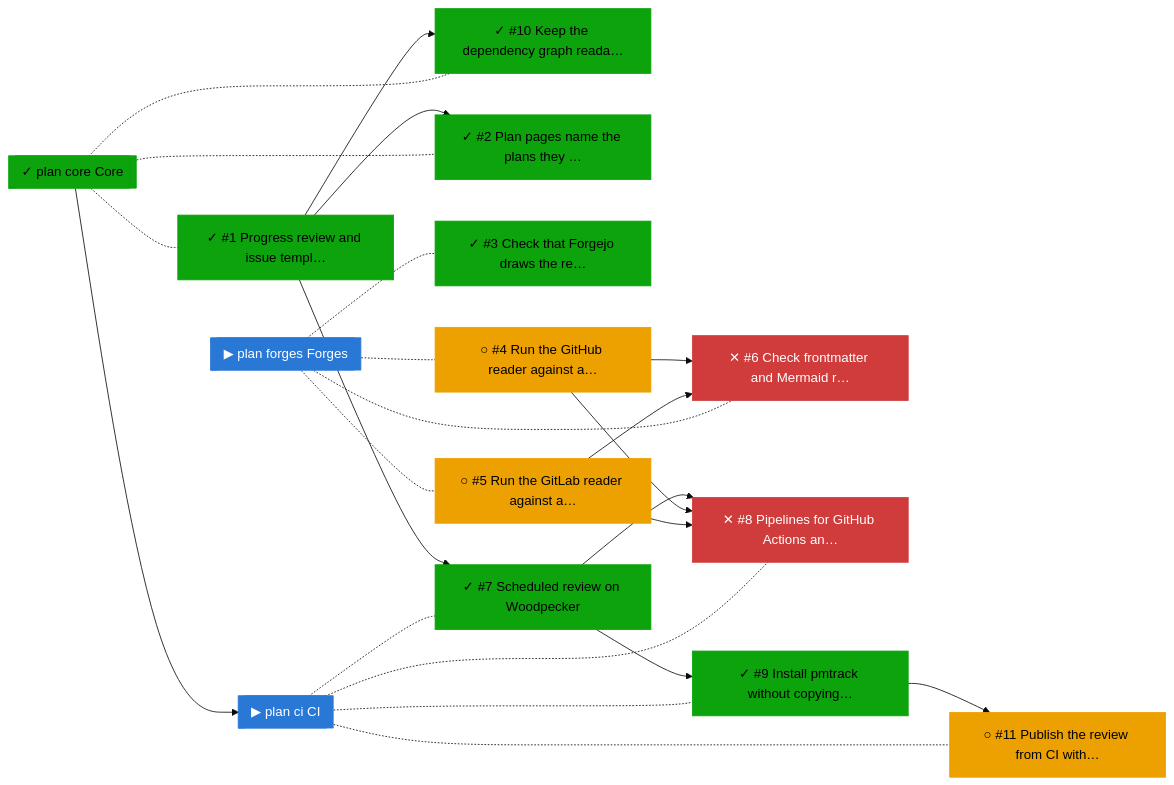
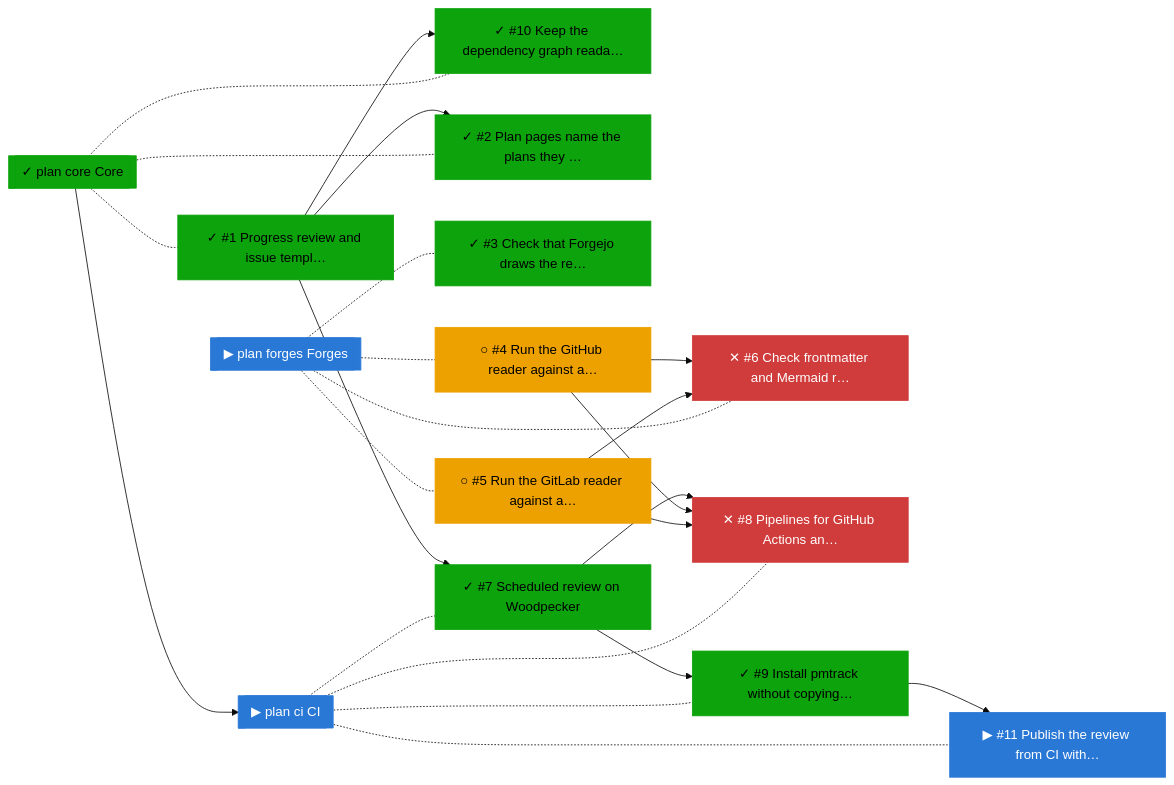
Before and after one commit to bvraghav/pmtrack: the fourth of 4 diagrams in README.md, drawn with Mermaid (base theme). The commit also changed other lines of this file and 4 other files, not shown here.

````diff
--- a/README.md
+++ b/README.md
@@ -79,45 +79,45 @@
 ```mermaid
 flowchart LR
   n0["✓ #1 Progress review and issue templ…"]:::done
   n1["✓ #10 Keep the dependency graph reada…"]:::done
-  n2["○ #11 Publish the review from CI with…"]:::ready
+  n2["▶ #11 Publish the review from CI with…"]:::active
   n3["✓ #2 Plan pages name the plans they …"]:::done
   n4["✓ #3 Check that Forgejo draws the re…"]:::done
   n5["○ #4 Run the GitHub reader against a…"]:::ready
   n6["○ #5 Run the GitLab reader against a…"]:::ready
   n7["✕ #6 Check frontmatter and Mermaid r…"]:::blocked
   n8["✓ #7 Scheduled review on Woodpecker"]:::done
   n9["✕ #8 Pipelines for GitHub Actions an…"]:::blocked
   n10["✓ #9 Install pmtrack without copying…"]:::done
   n11[["▶ plan ci CI"]]:::active
   n12[["✓ plan core Core"]]:::done
   n13[["▶ plan forges Forges"]]:::active
   n0 --> n1
   n10 --> n2
   n0 --> n3
   n5 --> n7
   n6 --> n7
   n0 --> n8
   n8 --> n9
   n5 --> n9
   n6 --> n9
   n8 --> n10
   n11 -.- n8
   n11 -.- n9
   n11 -.- n10
   n11 -.- n2
   n12 --> n11
   n12 -.- n0
   n12 -.- n3
   n12 -.- n1
   n13 -.- n4
   n13 -.- n5
   n13 -.- n6
   n13 -.- n7
   classDef done fill:#0ca30c,color:#000,stroke:#0ca30c
   classDef active fill:#2a78d6,color:#fff,stroke:#2a78d6
   classDef ready fill:#eda100,color:#000,stroke:#eda100
   classDef blocked fill:#d03b3b,color:#fff,stroke:#d03b3b
   classDef unknown fill:#898781,color:#000,stroke:#898781
   classDef dropped fill:#898781,color:#000,stroke:#898781
 ```
````
